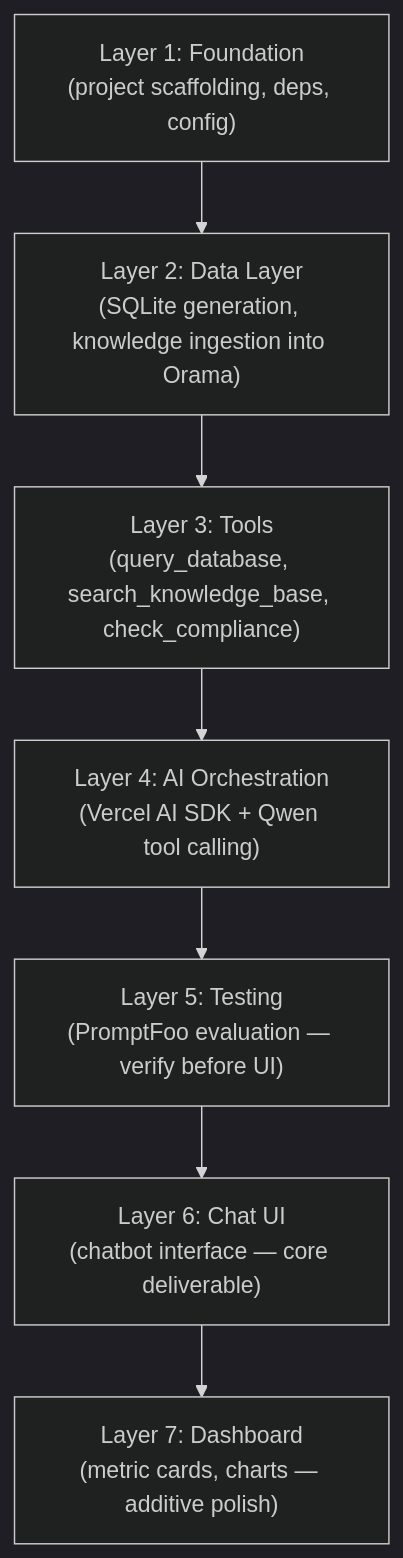
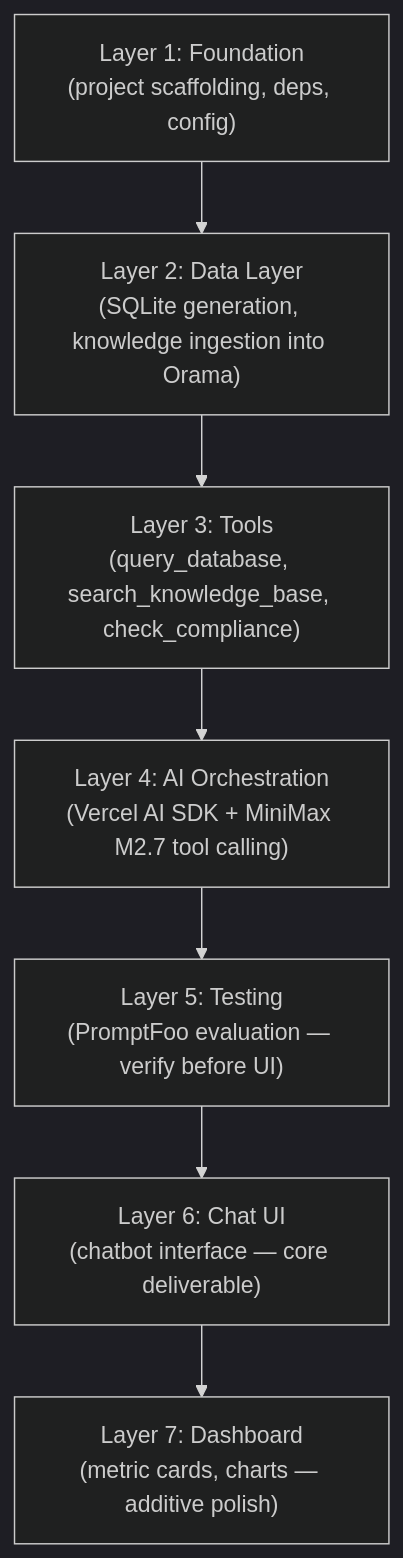
One commit to hyowonbernabe/stonecutter-ai-platform changed the diagram in docs/design/roadmap.md. Above: the diagram before and after it, drawn with Mermaid (dark theme). The commit also changed 10 other files, not shown here.

First line of the commit message:
docs: add README, LICENSE, screenshot, update design docs to MiniMax M2.7, fix build

````diff
--- a/docs/design/roadmap.md
+++ b/docs/design/roadmap.md
@@ -7,17 +7,17 @@
 ```mermaid
 flowchart TD
     L1["Layer 1: Foundation<br>(project scaffolding, deps, config)"]
     L2["Layer 2: Data Layer<br>(SQLite generation, knowledge ingestion into Orama)"]
     L3["Layer 3: Tools<br>(query_database, search_knowledge_base, check_compliance)"]
-    L4["Layer 4: AI Orchestration<br>(Vercel AI SDK + Qwen tool calling)"]
+    L4["Layer 4: AI Orchestration<br>(Vercel AI SDK + MiniMax M2.7 tool calling)"]
     L5["Layer 5: Testing<br>(PromptFoo evaluation — verify before UI)"]
     L6["Layer 6: Chat UI<br>(chatbot interface — core deliverable)"]
     L7["Layer 7: Dashboard<br>(metric cards, charts — additive polish)"]
 
     L1 --> L2
     L2 --> L3
     L3 --> L4
     L4 --> L5
     L5 --> L6
     L6 --> L7
 ```
````
